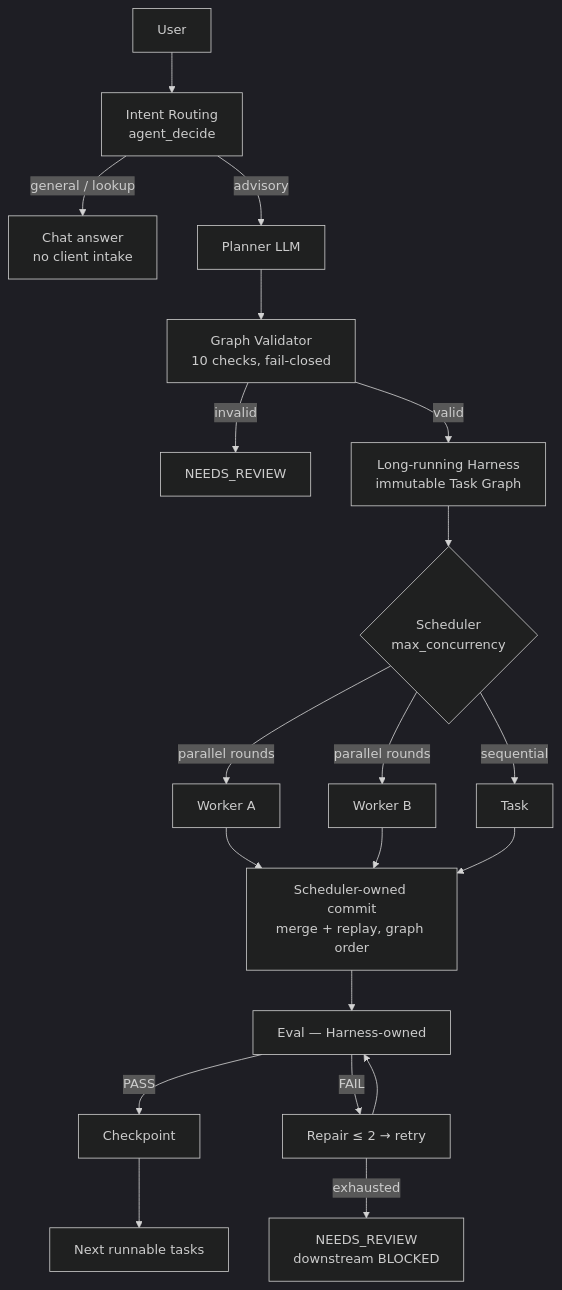
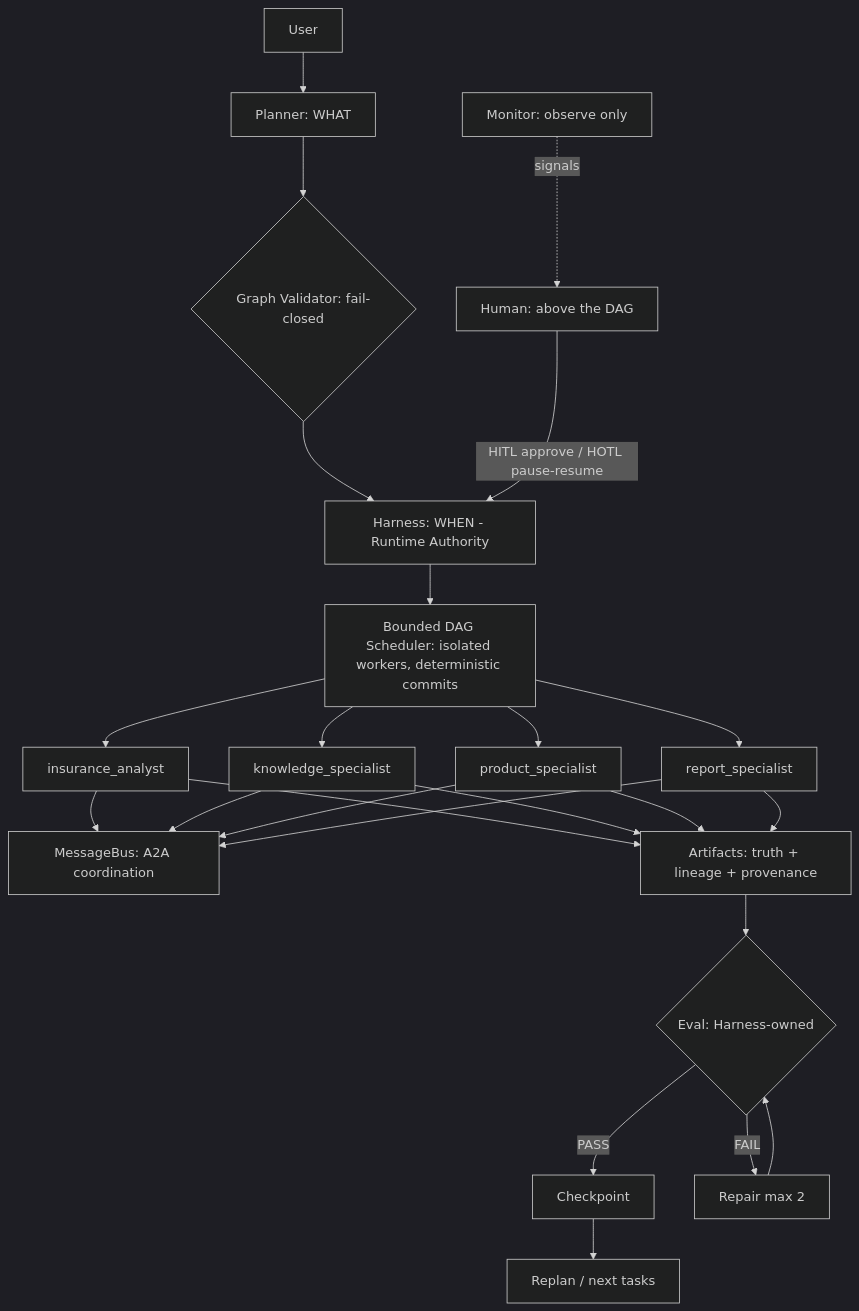
One commit to MontesLee/insurance-agent changed the diagram in README.md. Above: the diagram before and after it, drawn with Mermaid (dark theme). The commit also changed other lines of this file and 15 other files, not shown here.

````diff
--- a/README.md
+++ b/README.md
@@ -68,20 +52,17 @@
 ```mermaid
 flowchart TD
-    U[User] --> IR[Intent Routing<br/>agent_decide]
-    IR -->|general / lookup| QA[Chat answer<br/>no client intake]
-    IR -->|advisory| PL[Planner LLM]
-    PL --> GV[Graph Validator<br/>10 checks, fail-closed]
-    GV -->|invalid| NR1[NEEDS_REVIEW]
-    GV -->|valid| HA[Long-running Harness<br/>immutable Task Graph]
-    HA --> SC{Scheduler<br/>max_concurrency}
-    SC -->|sequential| A1[Task]
-    SC -->|parallel rounds| W1[Worker A] & W2[Worker B]
-    W1 & W2 --> CM[Scheduler-owned commit<br/>merge + replay, graph order]
-    A1 --> CM
-    CM --> EV[Eval — Harness-owned]
+    U[User] --> PL[Planner: WHAT]
+    PL --> GV{Graph Validator: fail-closed}
+    GV --> HA[Harness: WHEN - Runtime Authority]
+    HA --> SC[Bounded DAG Scheduler: isolated workers, deterministic commits]
+    SC --> A1[insurance_analyst] & A2[knowledge_specialist] & A3[product_specialist] & A4[report_specialist]
+    A1 & A2 & A3 & A4 --> BUS[MessageBus: A2A coordination]
+    A1 & A2 & A3 & A4 --> ART[Artifacts: truth + lineage + provenance]
+    ART --> EV{Eval: Harness-owned}
     EV -->|PASS| CP[Checkpoint]
-    EV -->|FAIL| RP[Repair ≤ 2 → retry]
+    EV -->|FAIL| RP[Repair max 2]
     RP --> EV
-    RP -->|exhausted| NR2[NEEDS_REVIEW<br/>downstream BLOCKED]
-    CP --> NX[Next runnable tasks]
+    CP --> NXT[Replan / next tasks]
+    MON[Monitor: observe only] -.signals.-> H
+    H[Human: above the DAG] -->|HITL approve / HOTL pause-resume| HA
 ```
````
